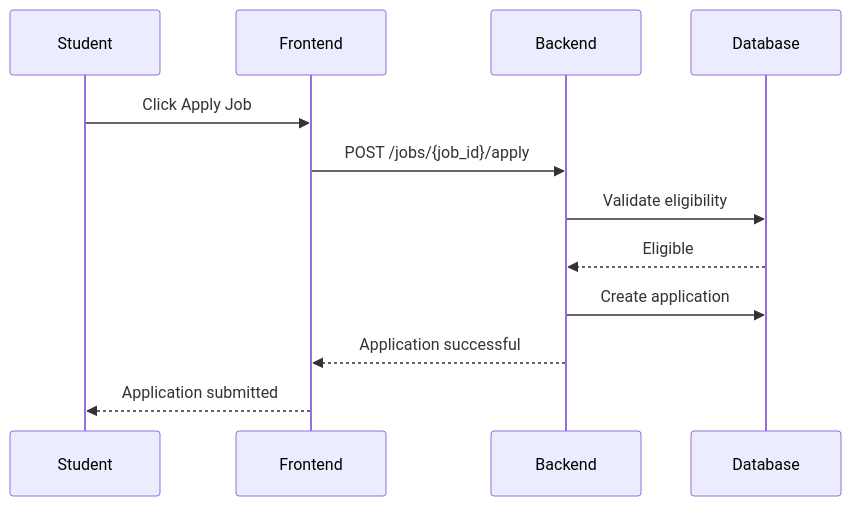
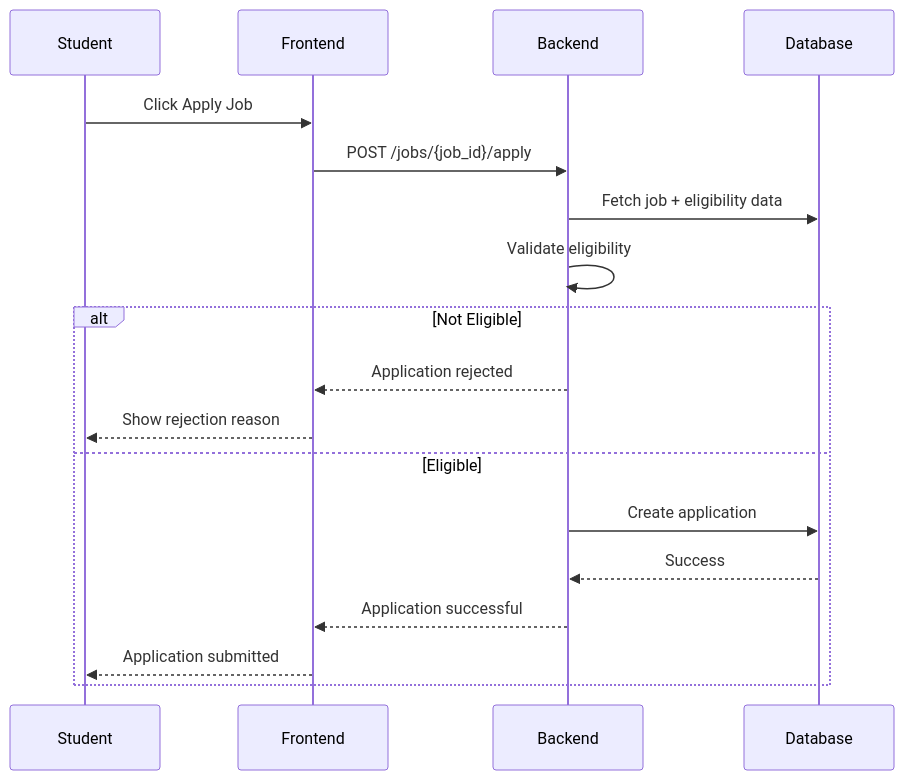
Before and after one commit to Fahim-004/Team_04_JavaFS: the second of 4 diagrams in instructions/Documentation/Sequence_diagrams.md, drawn with Mermaid. The commit also changed other lines of this file and 5 other files, not shown here.

````diff
--- a/instructions/Documentation/Sequence_diagrams.md
+++ b/instructions/Documentation/Sequence_diagrams.md
@@ -30,16 +39,24 @@
 ```mermaid
 sequenceDiagram
 
     participant Student
     participant Frontend
     participant Backend
     participant Database
 
     Student->>Frontend: Click Apply Job
     Frontend->>Backend: POST /jobs/{job_id}/apply
-    Backend->>Database: Validate eligibility
-    Database-->>Backend: Eligible
-    Backend->>Database: Create application
-    Backend-->>Frontend: Application successful
-    Frontend-->>Student: Application submitted
+
+    Backend->>Database: Fetch job + eligibility data
+    Backend->>Backend: Validate eligibility
+
+    alt Not Eligible
+        Backend-->>Frontend: Application rejected
+        Frontend-->>Student: Show rejection reason
+    else Eligible
+        Backend->>Database: Create application
+        Database-->>Backend: Success
+        Backend-->>Frontend: Application successful
+        Frontend-->>Student: Application submitted
+    end
 ```
````
